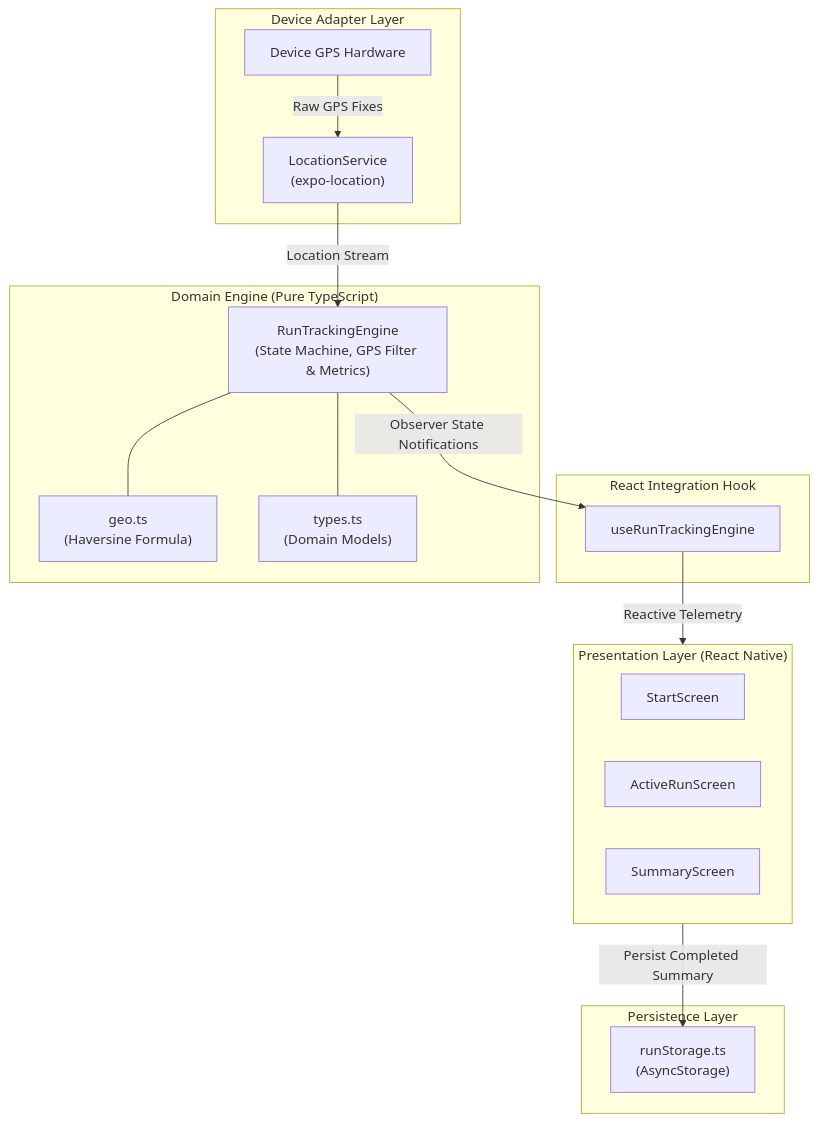
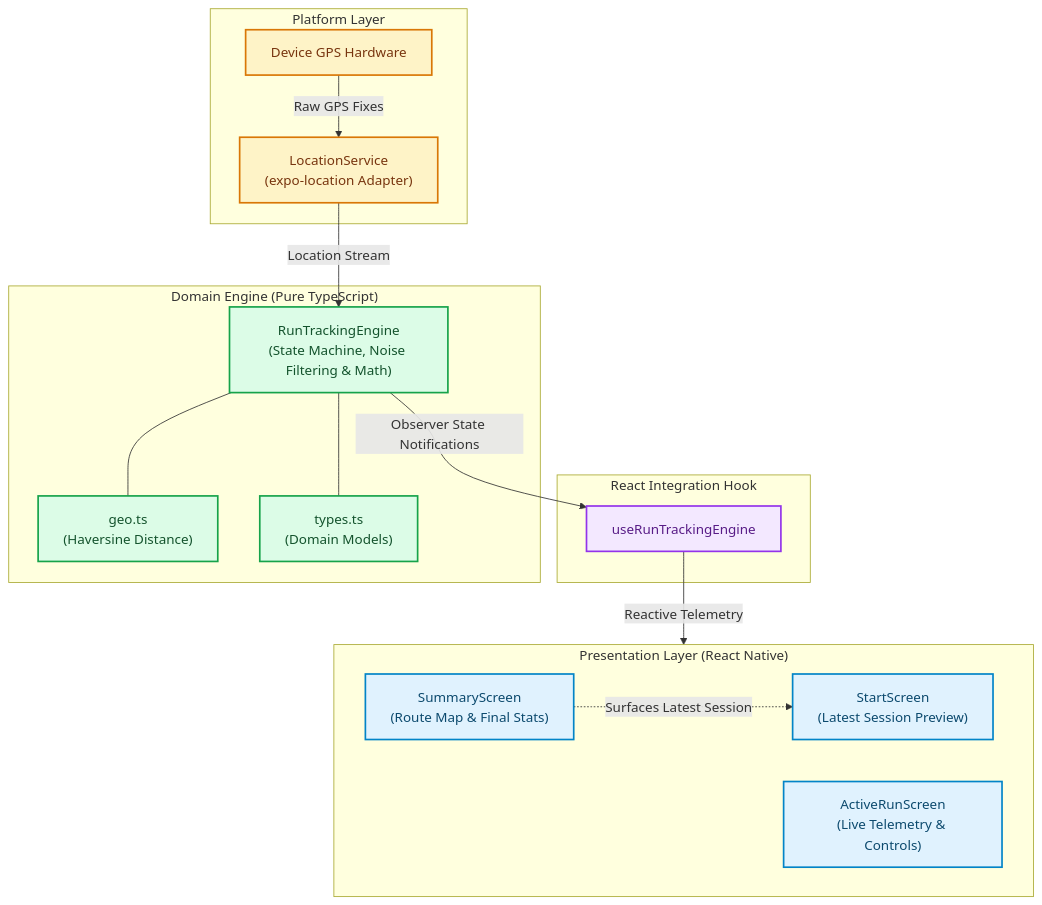
Before and after one commit to SahebSandhuSingh/PlexQo: the diagram in README.md, drawn with Mermaid. The commit also changed other lines of this file and 3 other files, not shown here.

````diff
--- a/README.md
+++ b/README.md
@@ -22,35 +22,36 @@
 ```mermaid
 graph TD
+    classDef uiLayer fill:#E0F2FE,stroke:#0284C7,stroke-width:2px,color:#0C4A6E;
+    classDef hookLayer fill:#F3E8FF,stroke:#9333EA,stroke-width:2px,color:#581C87;
+    classDef coreLayer fill:#DCFCE7,stroke:#16A34A,stroke-width:2px,color:#14532D;
+    classDef platformLayer fill:#FEF3C7,stroke:#D97706,stroke-width:2px,color:#78350F;
+
     subgraph UI["Presentation Layer (React Native)"]
-        START["StartScreen"]
-        ACTIVE["ActiveRunScreen"]
-        SUMMARY["SummaryScreen"]
+        START["StartScreen<br/>(Latest Session Preview)"]:::uiLayer
+        ACTIVE["ActiveRunScreen<br/>(Live Telemetry & Controls)"]:::uiLayer
+        SUMMARY["SummaryScreen<br/>(Route Map & Final Stats)"]:::uiLayer
     end
 
     subgraph Integration["React Integration Hook"]
-        HOOK["useRunTrackingEngine"]
+        HOOK["useRunTrackingEngine"]:::hookLayer
     end
 
     subgraph Core["Domain Engine (Pure TypeScript)"]
-        ENGINE["RunTrackingEngine<br/>(State Machine, GPS Filter & Metrics)"]
-        GEO["geo.ts<br/>(Haversine Formula)"]
-        TYPES["types.ts<br/>(Domain Models)"]
+        ENGINE["RunTrackingEngine<br/>(State Machine, Noise Filtering & Math)"]:::coreLayer
+        GEO["geo.ts<br/>(Haversine Distance)"]:::coreLayer
+        TYPES["types.ts<br/>(Domain Models)"]:::coreLayer
     end
 
-    subgraph Platform["Device Adapter Layer"]
-        LOC["LocationService<br/>(expo-location)"]
-        GPS["Device GPS Hardware"]
-    end
-
-    subgraph Storage["Persistence Layer"]
-        ASYNC["runStorage.ts<br/>(AsyncStorage)"]
+    subgraph Platform["Platform Layer"]
+        LOC["LocationService<br/>(expo-location Adapter)"]:::platformLayer
+        GPS["Device GPS Hardware"]:::platformLayer
     end
 
     GPS -->|Raw GPS Fixes| LOC
     LOC -->|Location Stream| ENGINE
     ENGINE --- GEO
     ENGINE --- TYPES
     ENGINE -->|Observer State Notifications| HOOK
     HOOK -->|Reactive Telemetry| UI
-    UI -->|Persist Completed Summary| ASYNC
+    SUMMARY -.->|Surfaces Latest Session| START
 ```
````
